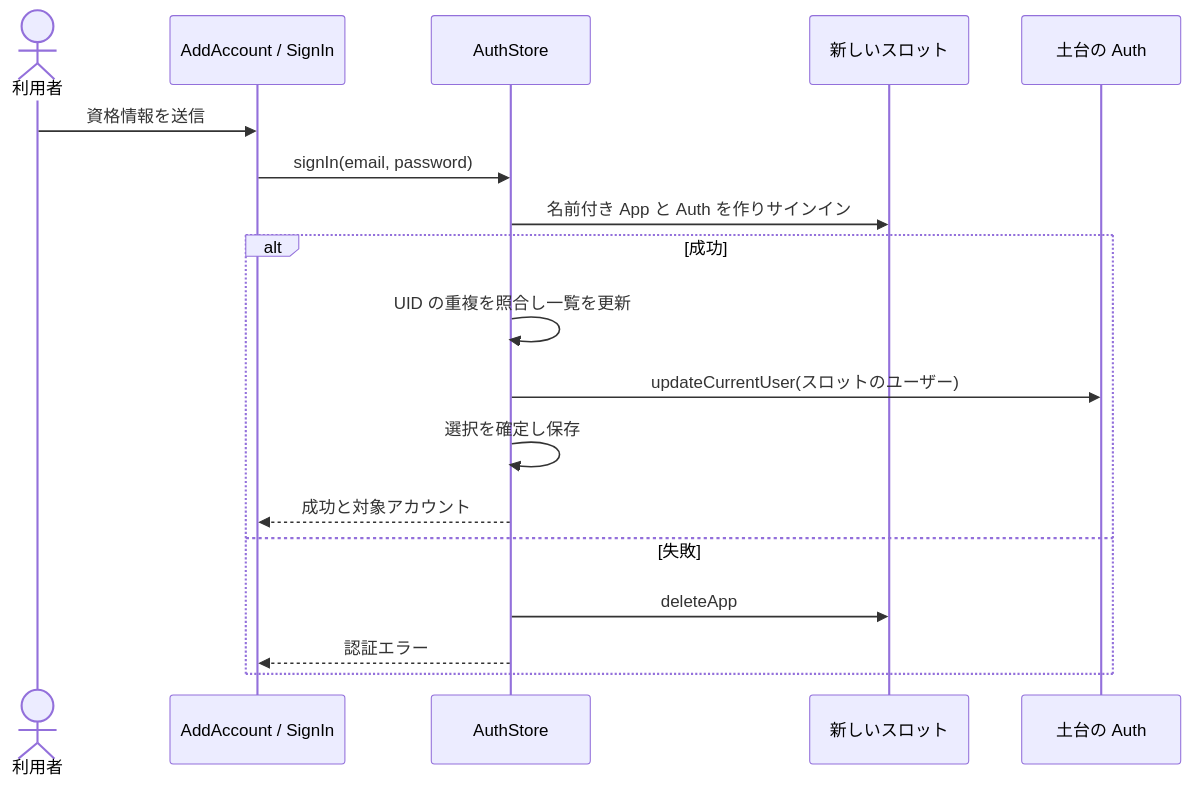
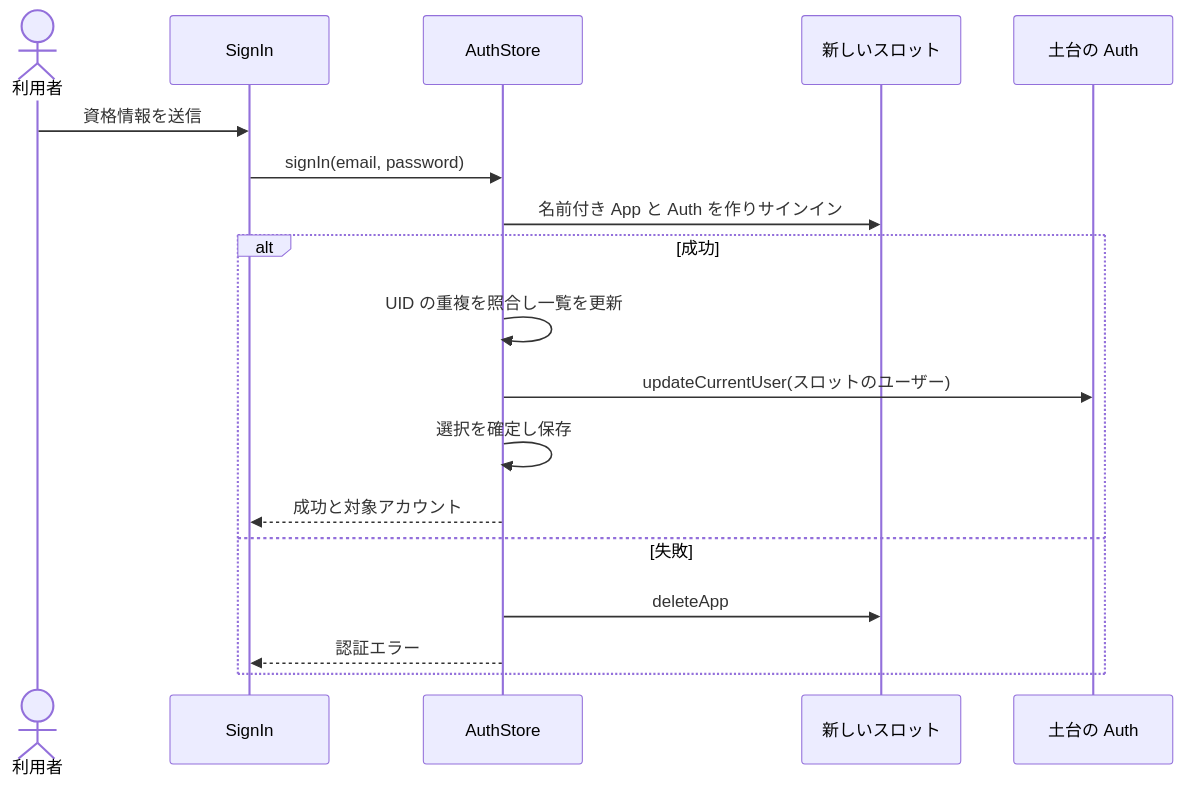
The second of 4 diagrams in .kiro/specs/multi-account-auth/design.md (iyodatakashi/svelte-firebase-auth), drawn with Mermaid before and after one commit. The commit also changed other lines of this file and 2 other files, not shown here.

````diff
--- a/.kiro/specs/multi-account-auth/design.md
+++ b/.kiro/specs/multi-account-auth/design.md
@@ -169,20 +166,20 @@
 ```mermaid
 sequenceDiagram
   actor User as 利用者
-  participant Form as AddAccount / SignIn
+  participant Form as SignIn
   participant Store as AuthStore
   participant Slot as 新しいスロット
   participant Base as 土台の Auth
   User->>Form: 資格情報を送信
   Form->>Store: signIn(email, password)
   Store->>Slot: 名前付き App と Auth を作りサインイン
   alt 成功
     Store->>Store: UID の重複を照合し一覧を更新
     Store->>Base: updateCurrentUser(スロットのユーザー)
     Store->>Store: 選択を確定し保存
     Store-->>Form: 成功と対象アカウント
   else 失敗
     Store->>Slot: deleteApp
     Store-->>Form: 認証エラー
   end
 ```
````
